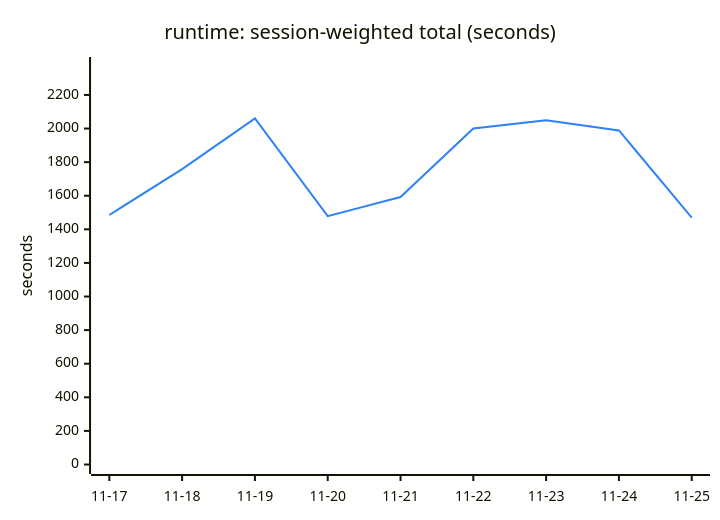
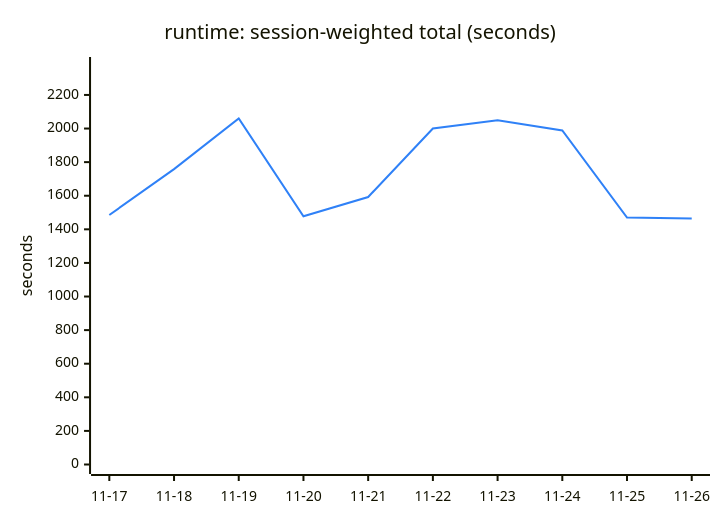
The sixth of 6 diagrams in TREND.md (Ricovl/mxcli), drawn with Mermaid before and after one commit. The commit also changed other lines of this file and 2 other files, not shown here.

````diff
--- a/TREND.md
+++ b/TREND.md
@@ -137,13 +137,13 @@
 ```mermaid
 ---
 config:
   themeVariables:
     xyChart:
       plotColorPalette: "#2f81f7"
 ---
 xychart-beta
     title "runtime: session-weighted total (seconds)"
-    x-axis ["11-17", "11-18", "11-19", "11-20", "11-21", "11-22", "11-23", "11-24", "11-25"]
+    x-axis ["11-17", "11-18", "11-19", "11-20", "11-21", "11-22", "11-23", "11-24", "11-25", "11-26"]
     y-axis "seconds" 0 --> 2369.30
-    line [1485.35, 1758.30, 2060.26, 1478.08, 1592.45, 1999.87, 2048.73, 1988.73, 1469.82]
+    line [1485.35, 1758.30, 2060.26, 1478.08, 1592.45, 1999.87, 2048.73, 1988.73, 1469.82, 1463.94]
 ```
````
